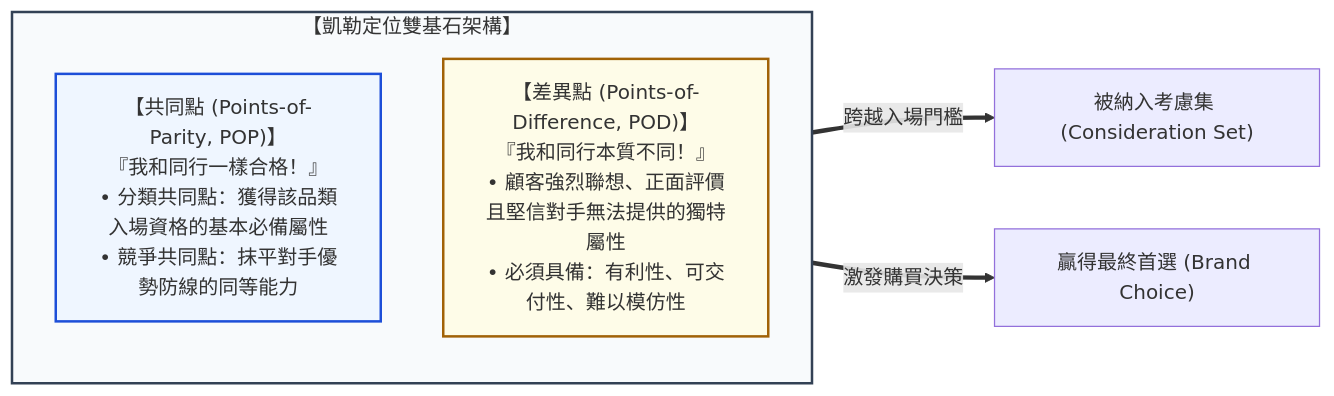
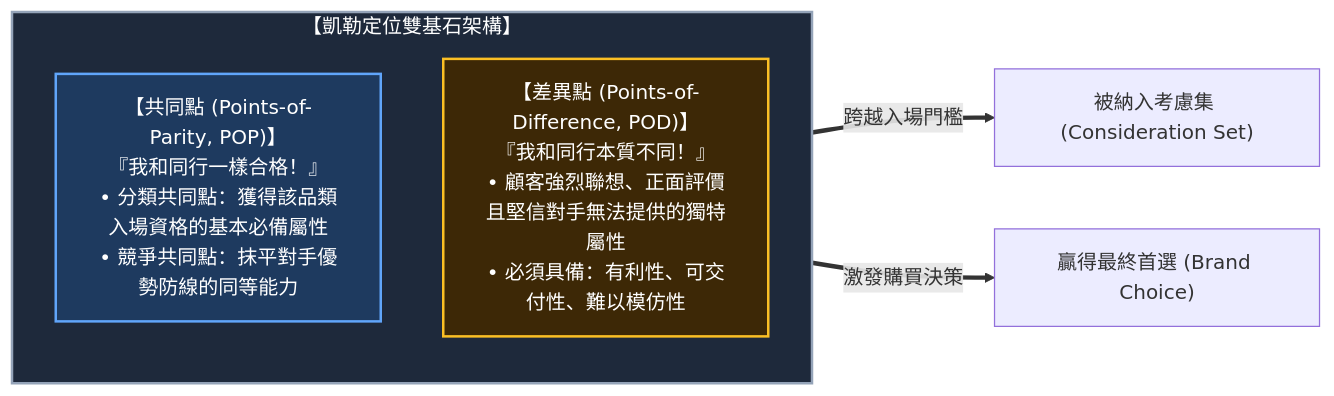
Before and after one commit to Jimlin0428/my-digital-garden: the diagram in src/site/notes/98_商業概念庫/positioning-strategy_定位策略.md, drawn with Mermaid. The commit also changed 58 other files, not shown here.

````diff
--- a/src/site/notes/98_商業概念庫/positioning-strategy_定位策略.md
+++ b/src/site/notes/98_商業概念庫/positioning-strategy_定位策略.md
@@ -40,15 +40,15 @@
 ```mermaid
 flowchart LR
     subgraph KellerModel ["【凱勒定位雙基石架構】"]
         direction TB
         POP["【共同點 (Points-of-Parity, POP)】<br/>『我和同行一樣合格！』<br/>• 分類共同點：獲得該品類入場資格的基本必備屬性<br/>• 競爭共同點：抹平對手優勢防線的同等能力"]
         POD["【差異點 (Points-of-Difference, POD)】<br/>『我和同行本質不同！』<br/>• 顧客強烈聯想、正面評價且堅信對手無法提供的獨特屬性<br/>• 必須具備：有利性、可交付性、難以模仿性"]
     end
 
     POP == "跨越入場門檻" ==> Entry["被納入考慮集 (Consideration Set)"]
     POD == "激發購買決策" ==> Choice["贏得最終首選 (Brand Choice)"]
 
-    style KellerModel fill:#f8fafc,stroke:#334155,stroke-width:2px
-    style POP fill:#eff6ff,stroke:#1d4ed8,stroke-width:2px
-    style POD fill:#fefce8,stroke:#a16207,stroke-width:2px
+    style KellerModel fill:#1e293b,stroke:#94a3b8,stroke-width:2px,color:#ffffff
+    style POP fill:#1e3a5f,stroke:#60a5fa,stroke-width:2px,color:#ffffff
+    style POD fill:#3d2806,stroke:#fbbf24,stroke-width:2px,color:#ffffff
 ```
````
